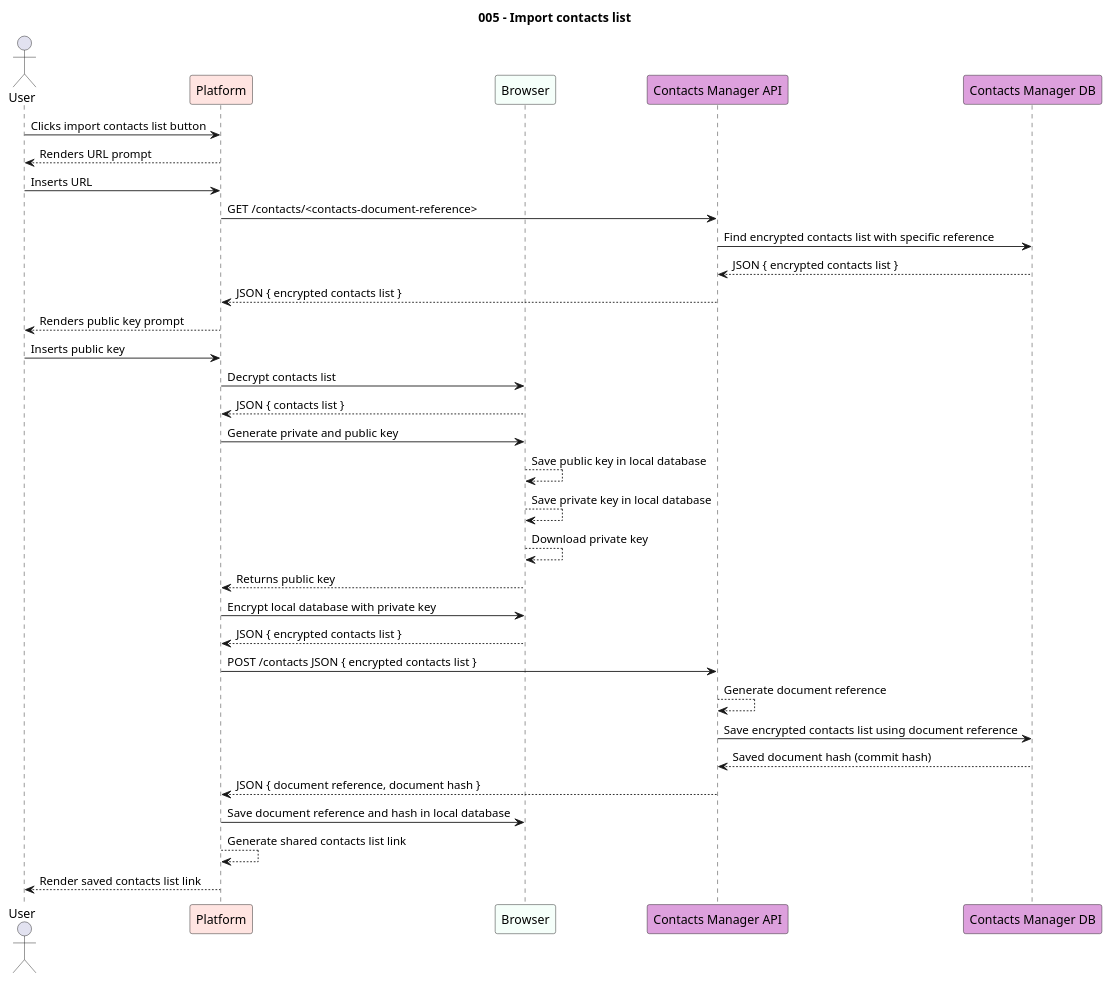
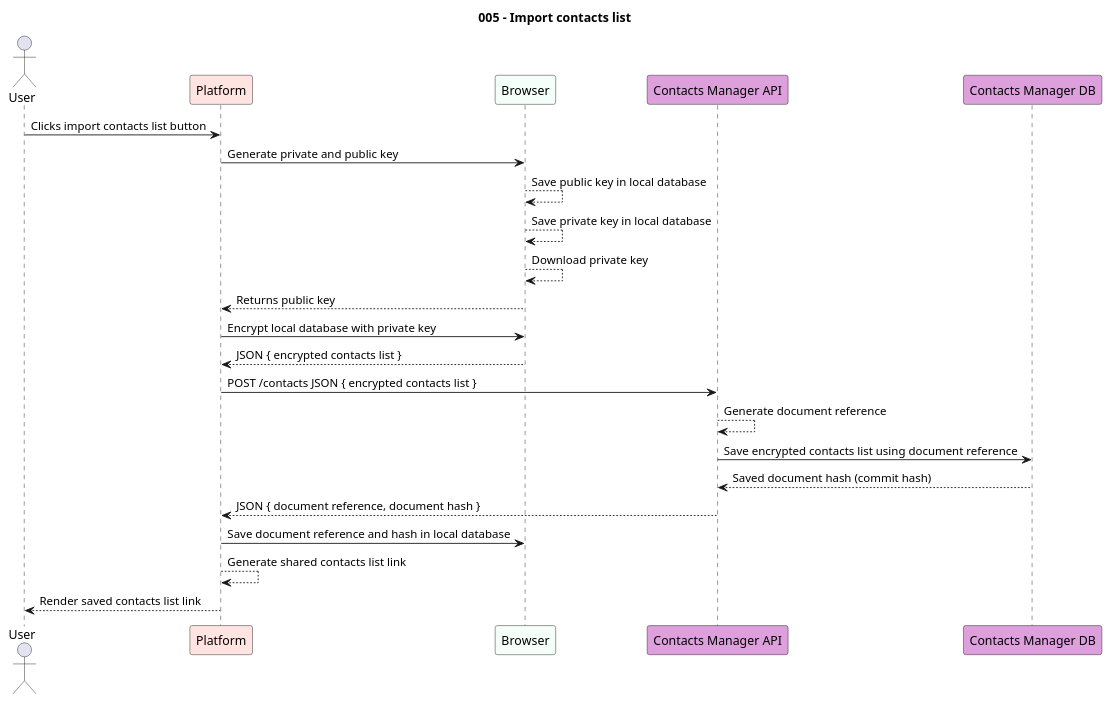
The diagram in src/usecases/puml/005-import-contacts-list.puml (paginas-secretas/docs), drawn with PlantUML before and after one commit. The commit also changed 3 other files, not shown here.

```diff
--- a/src/usecases/puml/005-import-contacts-list.puml
+++ b/src/usecases/puml/005-import-contacts-list.puml
@@ -1,43 +1,29 @@
 @startuml 005-import-contacts-list
 
 title "005 - Import contacts list"
 
 actor User
 participant "Platform" as PL #MistyRose
 participant Browser #MintCream
 participant "Contacts Manager API" as CNT #Plum
 participant "Contacts Manager DB" as CNT_DB #Plum
 
 User -> PL: Clicks import contacts list button
-PL --> User: Renders URL prompt
-User -> PL: Inserts URL
-
-PL -> CNT: GET /contacts/<contacts-document-reference>
-CNT -> CNT_DB: Find encrypted contacts list with specific reference
-CNT_DB --> CNT: JSON { encrypted contacts list }
-CNT --> PL: JSON { encrypted contacts list }
-
-PL --> User: Renders public key prompt
-User -> PL: Inserts public key
-
-PL -> Browser: Decrypt contacts list
-Browser --> PL: JSON { contacts list }
-
 PL -> Browser: Generate private and public key
 Browser --> Browser: Save public key in local database
 Browser --> Browser: Save private key in local database
 Browser --> Browser: Download private key
 Browser --> PL: Returns public key
 
 PL -> Browser: Encrypt local database with private key
 Browser --> PL: JSON { encrypted contacts list }
 PL -> CNT: POST /contacts JSON { encrypted contacts list }
 CNT --> CNT: Generate document reference
 CNT -> CNT_DB: Save encrypted contacts list using document reference
 CNT_DB --> CNT: Saved document hash (commit hash)
 CNT --> PL: JSON { document reference, document hash }
 PL -> Browser: Save document reference and hash in local database
 PL --> PL: Generate shared contacts list link
 PL --> User: Render saved contacts list link
 
 @enduml
```
